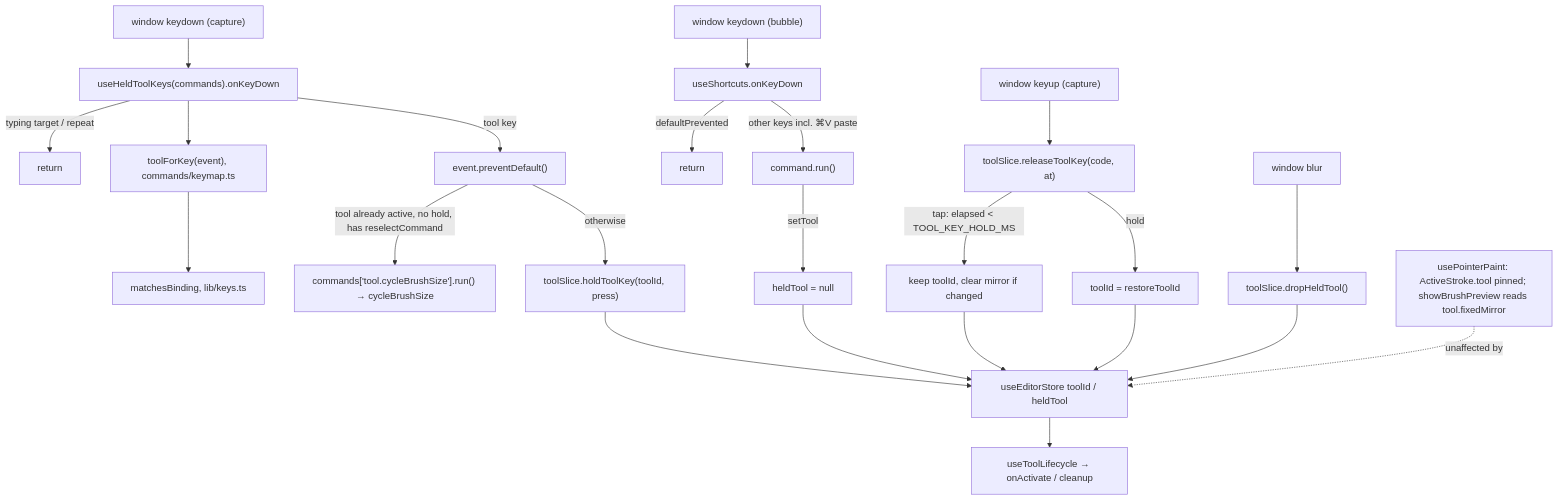
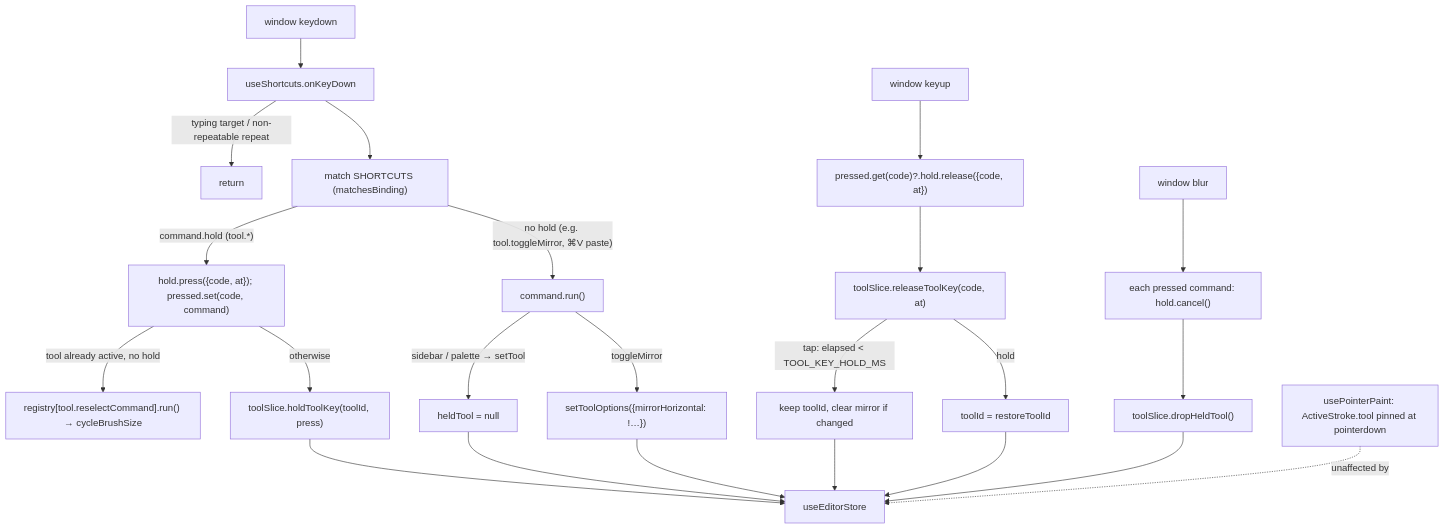
Before and after one commit to sabeq96/easy-sprite: the diagram in docs/contracts/2026-09-30-hold-tool-shortcuts.md, drawn with Mermaid. The commit also changed other lines of this file, not shown here.

First line of the commit message:
Contract: V toggles the pencil's mirror; holds go through useShortcuts

````diff
--- a/docs/contracts/2026-09-30-hold-tool-shortcuts.md
+++ b/docs/contracts/2026-09-30-hold-tool-shortcuts.md
@@ -70,21 +72,20 @@
 ```mermaid
 flowchart TD
-  KD["window keydown (capture)"] --> HK["useHeldToolKeys(commands).onKeyDown"]
-  HK -->|typing target / repeat| X1[return]
-  HK --> TFK["toolForKey(event), commands/keymap.ts"]
-  TFK --> MB["matchesBinding, lib/keys.ts"]
-  HK -->|tool key| PD["event.preventDefault()"]
-  PD -->|"tool already active, no hold, has reselectCommand"| RS["commands['tool.cycleBrushSize'].run() → cycleBrushSize"]
-  PD -->|otherwise| HOLD["toolSlice.holdToolKey(toolId, press)"]
-  KD2["window keydown (bubble)"] --> SC["useShortcuts.onKeyDown"]
-  SC -->|defaultPrevented| X2[return]
-  SC -->|other keys incl. ⌘V paste| RUN["command.run()"]
-  KU["window keyup (capture)"] --> REL["toolSlice.releaseToolKey(code, at)"]
-  BL["window blur"] --> DROP["toolSlice.dropHeldTool()"]
+  KD["window keydown"] --> SC["useShortcuts.onKeyDown"]
+  SC -->|"typing target / non-repeatable repeat"| X1[return]
+  SC --> M["match SHORTCUTS (matchesBinding)"]
+  M -->|"command.hold (tool.*)"| HP["hold.press({code, at}); pressed.set(code, command)"]
+  M -->|"no hold (e.g. tool.toggleMirror, ⌘V paste)"| RUN["command.run()"]
+  HP -->|"tool already active, no hold"| RS["registry[tool.reselectCommand].run() → cycleBrushSize"]
+  HP -->|otherwise| HOLD["toolSlice.holdToolKey(toolId, press)"]
+  KU["window keyup"] --> HR["pressed.get(code)?.hold.release({code, at})"]
+  HR --> REL["toolSlice.releaseToolKey(code, at)"]
+  BL["window blur"] --> HC["each pressed command: hold.cancel()"]
+  HC --> DROP["toolSlice.dropHeldTool()"]
   REL -->|"tap: elapsed < TOOL_KEY_HOLD_MS"| KEEP["keep toolId, clear mirror if changed"]
   REL -->|hold| RESTORE["toolId = restoreToolId"]
-  RUN -->|setTool| CLR["heldTool = null"]
-  HOLD & KEEP & RESTORE & DROP & CLR --> ST["useEditorStore toolId / heldTool"]
-  ST --> TL["useToolLifecycle → onActivate / cleanup"]
-  PP["usePointerPaint: ActiveStroke.tool pinned; showBrushPreview reads tool.fixedMirror"] -. unaffected by .-> ST
+  RUN -->|"sidebar / palette → setTool"| CLR["heldTool = null"]
+  RUN -->|toggleMirror| OPT["setToolOptions({mirrorHorizontal: !…})"]
+  HOLD & KEEP & RESTORE & DROP & CLR & OPT --> ST["useEditorStore"]
+  PP["usePointerPaint: ActiveStroke.tool pinned at pointerdown"] -. unaffected by .-> ST
 ```
````
